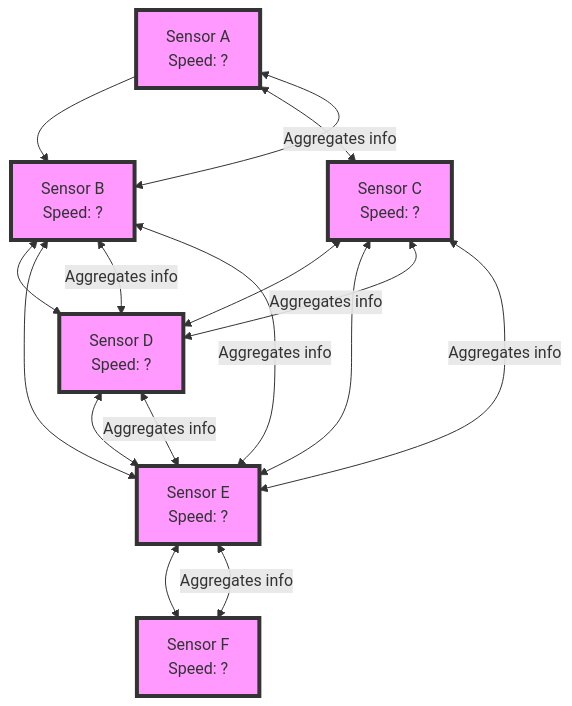
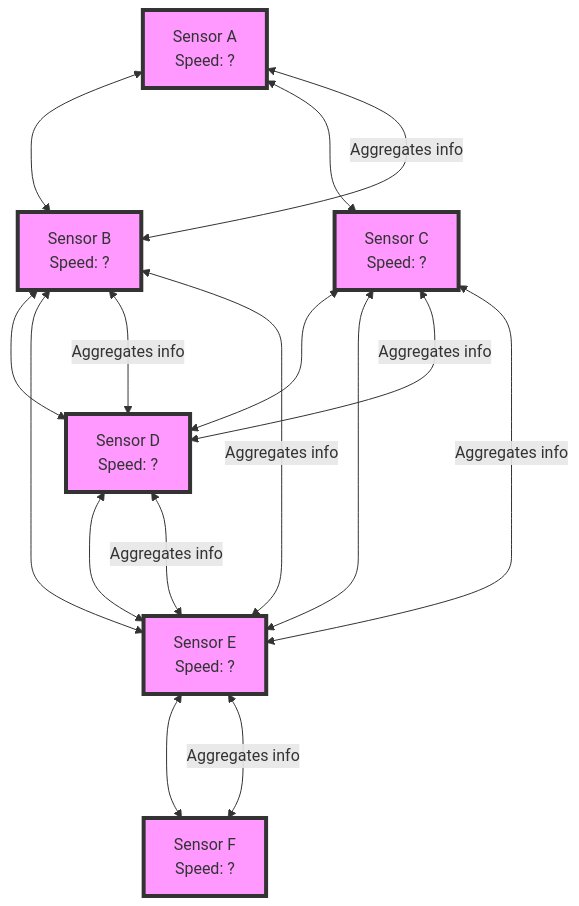
One commit to TrafficGCN/ST-GCN changed the diagram in README.md. Above: the diagram before and after it, drawn with Mermaid.

````diff
--- a/README.md
+++ b/README.md
@@ -42,22 +42,22 @@
 ```mermaid
 graph TD
-    A[Sensor A<br>Speed: ?] --> B[Sensor B<br>Speed: ?]
-    A <--> C[Sensor C<br>Speed: ?]
-    B <--> D[Sensor D<br>Speed: ?]
-    C <--> D
-    B <--> E[Sensor E<br>Speed: ?]
-    C <--> E
-    D <--> E
-    E <--> F[Sensor F<br>Speed: ?]
+    A[Sensor A<br>Speed: ?] <---> B[Sensor B<br>Speed: ?]
+    A <---> C[Sensor C<br>Speed: ?]
+    B <---> D[Sensor D<br>Speed: ?]
+    C <---> D
+    B <---> E[Sensor E<br>Speed: ?]
+    C <---> E
+    D <---> E
+    E <---> F[Sensor F<br>Speed: ?]
 
-    A <-->|Aggregates info| B
-    B <-->|Aggregates info| D
-    C <-->|Aggregates info| D
-    B <-->|Aggregates info| E
-    C <-->|Aggregates info| E
-    D <-->|Aggregates info| E
-    E <-->|Aggregates info| F
+    A <--->|Aggregates info| B
+    B <--->|Aggregates info| D
+    C <--->|Aggregates info| D
+    B <--->|Aggregates info| E
+    C <--->|Aggregates info| E
+    D <--->|Aggregates info| E
+    E <--->|Aggregates info| F
 
     classDef sensor fill:#f9f,stroke:#333,stroke-width:4px;
     class A,B,C,D,E,F sensor;
 ```
````
